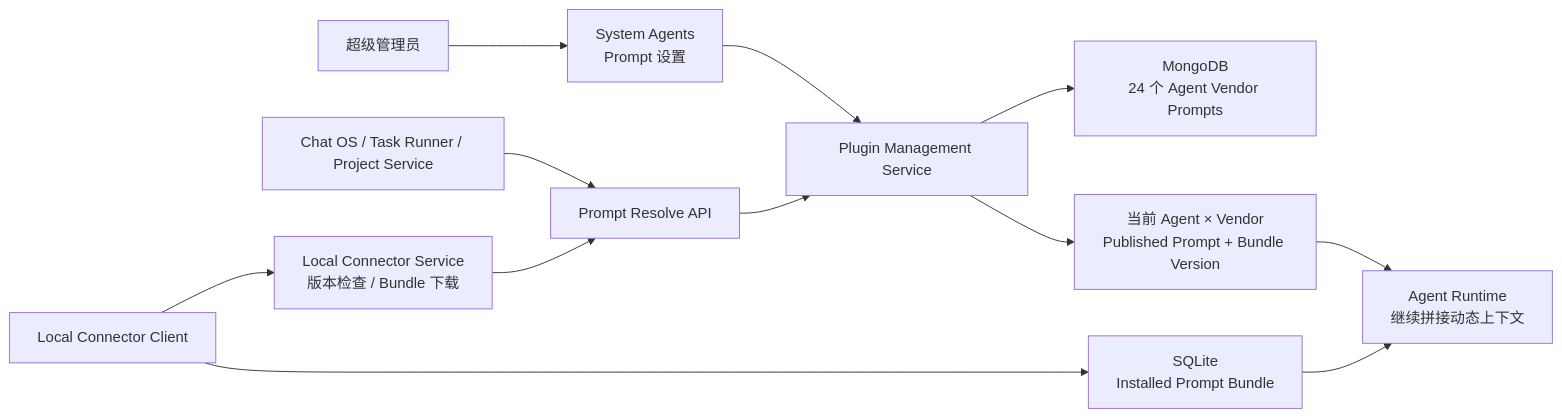
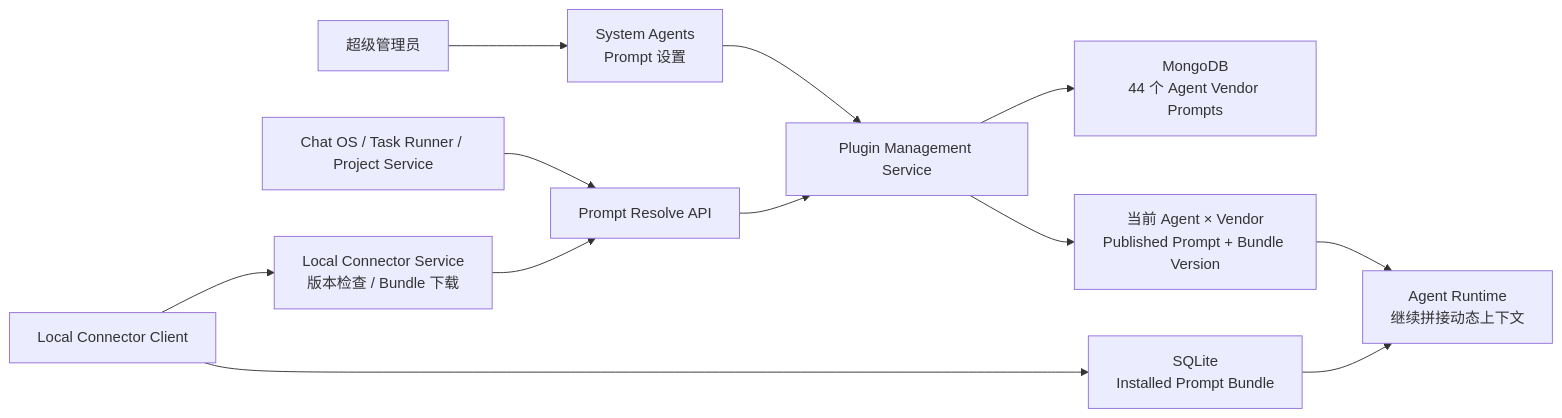
One commit to leeoohoo/chatos_rs changed the diagram in SYSTEM_AGENT_PROVIDER_PROMPT_MANAGEMENT_IMPLEMENTATION_PLAN.zh-CN.md. Above: the diagram before and after it, drawn with Mermaid. The commit also changed other lines of this file and 239 other files, not shown here.

````diff
--- a/SYSTEM_AGENT_PROVIDER_PROMPT_MANAGEMENT_IMPLEMENTATION_PLAN.zh-CN.md
+++ b/SYSTEM_AGENT_PROVIDER_PROMPT_MANAGEMENT_IMPLEMENTATION_PLAN.zh-CN.md
@@ -162,17 +162,17 @@
 ```mermaid
 flowchart LR
     Admin["超级管理员"] --> UI["System Agents<br/>Prompt 设置"]
     UI --> PM["Plugin Management Service"]
-    PM --> Mongo["MongoDB<br/>24 个 Agent Vendor Prompts"]
+    PM --> Mongo["MongoDB<br/>44 个 Agent Vendor Prompts"]
 
     Cloud["Chat OS / Task Runner / Project Service"] --> ResolveAPI["Prompt Resolve API"]
     ResolveAPI --> PM
 
     Client["Local Connector Client"] --> LocalDB["SQLite<br/>Installed Prompt Bundle"]
     Client --> BFF["Local Connector Service<br/>版本检查 / Bundle 下载"]
     BFF --> ResolveAPI
 
     PM --> Prompt["当前 Agent × Vendor<br/>Published Prompt + Bundle Version"]
     Prompt --> Runtime["Agent Runtime<br/>继续拼接动态上下文"]
     LocalDB --> Runtime
 ```
````
